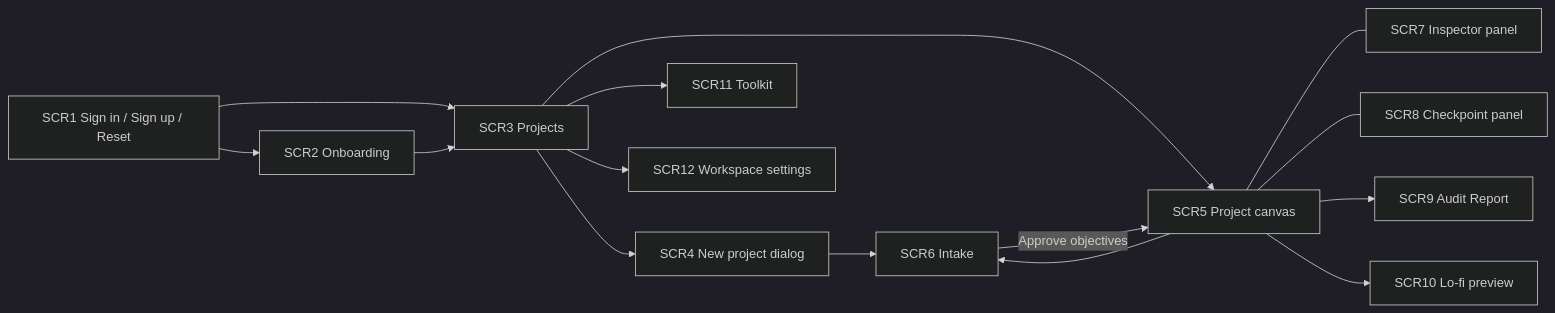
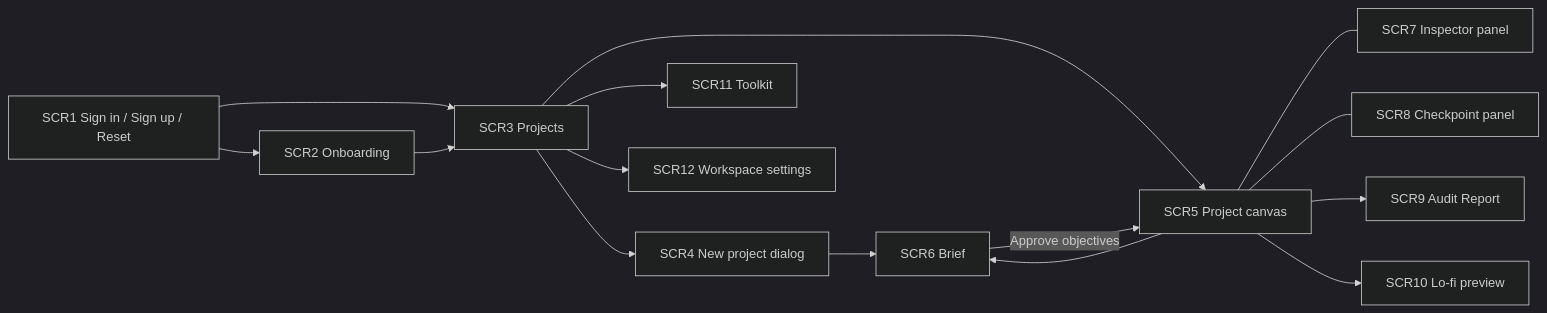
Before and after one commit to AbdulQuadri2399/Fluently: the diagram in specs/fluently-mvp/03-ux-flows.md, drawn with Mermaid (dark theme). The commit also changed other lines of this file and 5 other files, not shown here.

First line of the commit message:
IB14: Go to canvas button on the approved brief; people see 'brief', never 'intake'

````diff
--- a/specs/fluently-mvp/03-ux-flows.md
+++ b/specs/fluently-mvp/03-ux-flows.md
@@ -11,17 +11,17 @@
 ```mermaid
 flowchart LR
   SCR1[SCR1 Sign in / Sign up / Reset] --> SCR2[SCR2 Onboarding]
   SCR1 --> SCR3[SCR3 Projects]
   SCR2 --> SCR3
   SCR3 --> SCR4[SCR4 New project dialog]
-  SCR4 --> SCR6[SCR6 Intake]
+  SCR4 --> SCR6[SCR6 Brief]
   SCR3 --> SCR5[SCR5 Project canvas]
   SCR6 -->|Approve objectives| SCR5
   SCR5 --- SCR7[SCR7 Inspector panel]
   SCR5 --- SCR8[SCR8 Checkpoint panel]
   SCR5 --> SCR9[SCR9 Audit Report]
   SCR5 --> SCR10[SCR10 Lo-fi preview]
   SCR5 --> SCR6
   SCR3 --> SCR11[SCR11 Toolkit]
   SCR3 --> SCR12[SCR12 Workspace settings]
 ```
````
